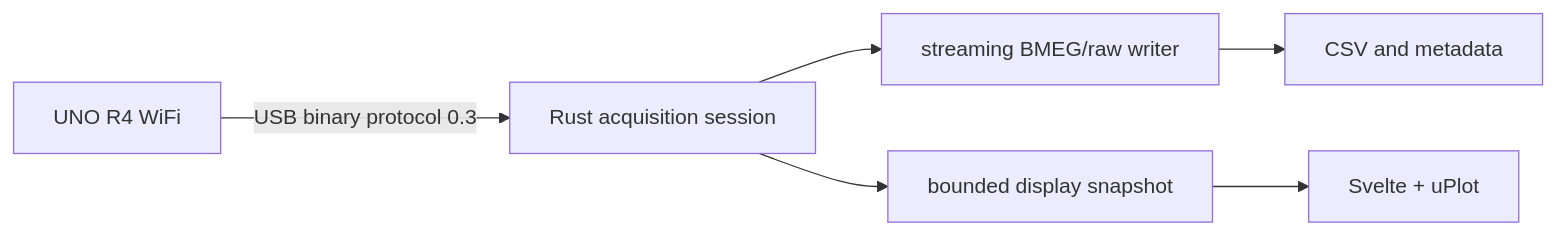
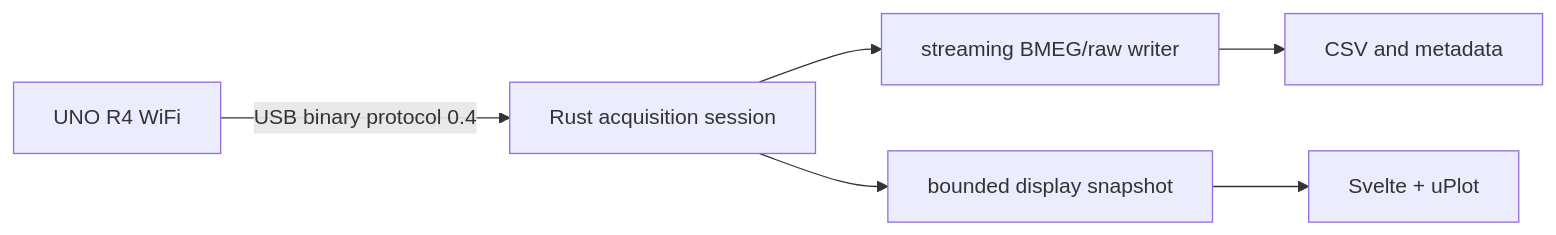
The diagram in docs/ARCHITECTURE.md (danielduqueurrego/wvu-bioinstrumentation-studio), drawn with Mermaid before and after one commit. The commit also changed other lines of this file and 25 other files, not shown here.

````diff
--- a/docs/ARCHITECTURE.md
+++ b/docs/ARCHITECTURE.md
@@ -5,8 +5,8 @@
 ```mermaid
 flowchart LR
-  UNO[UNO R4 WiFi] -->|USB binary protocol 0.3| Rust[Rust acquisition session]
+  UNO[UNO R4 WiFi] -->|USB binary protocol 0.4| Rust[Rust acquisition session]
   Rust --> BMEG[streaming BMEG/raw writer]
   Rust --> Display[bounded display snapshot]
   Display --> UI[Svelte + uPlot]
   BMEG --> CSV[CSV and metadata]
 ```
````
